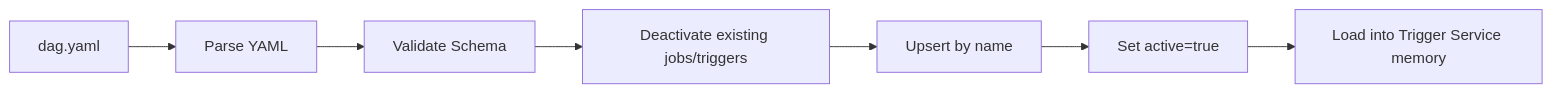
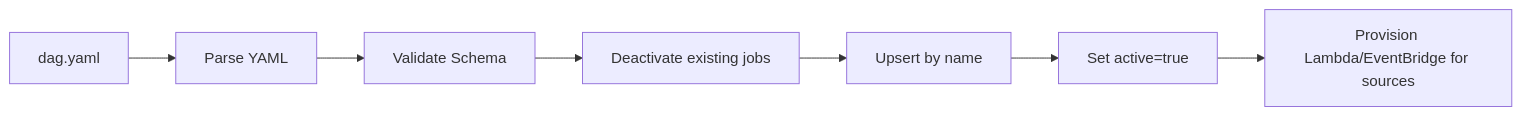
Before and after one commit to c7121/trace: the sixth of 7 diagrams in docs/architecture/architecture.md, drawn with Mermaid. The commit also changed other lines of this file and 17 other files, not shown here.

````diff
--- a/docs/architecture/architecture.md
+++ b/docs/architecture/architecture.md
@@ -843,9 +721,9 @@
 ```mermaid
 flowchart LR
     YAML[dag.yaml] --> PARSE[Parse YAML]
     PARSE --> VALIDATE[Validate Schema]
-    VALIDATE --> DEACTIVATE[Deactivate existing jobs/triggers]
+    VALIDATE --> DEACTIVATE[Deactivate existing jobs]
     DEACTIVATE --> UPSERT[Upsert by name]
     UPSERT --> ACTIVATE[Set active=true]
-    ACTIVATE --> LOAD[Load into Trigger Service memory]
+    ACTIVATE --> PROVISION[Provision Lambda/EventBridge for sources]
 ```
````
